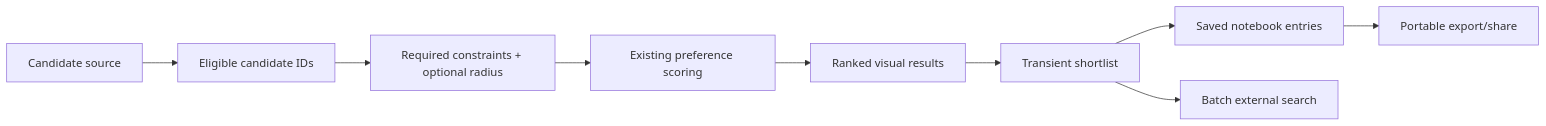
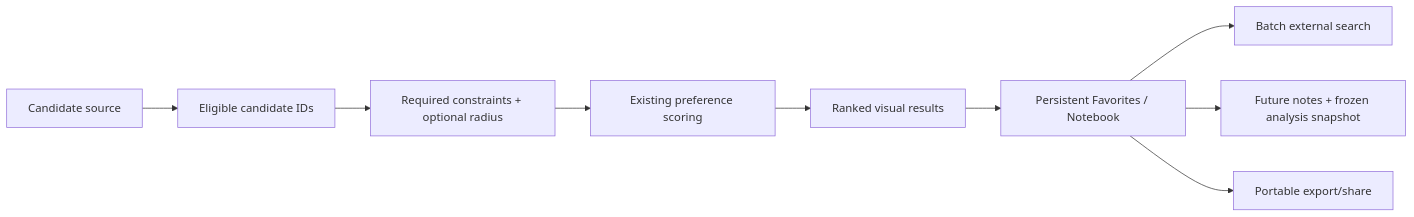
Before and after one commit to folk21/osmapdigger: the diagram in docs/specs/active/subspecs/settlement-shortlist-workflow.md, drawn with Mermaid. The commit also changed other lines of this file and 32 other files, not shown here.

First line of the commit message:
feat: replace transient shortlist with persistent Favorites notebook

````diff
--- a/docs/specs/active/subspecs/settlement-shortlist-workflow.md
+++ b/docs/specs/active/subspecs/settlement-shortlist-workflow.md
@@ -66,11 +65,11 @@
 ```mermaid
 flowchart LR
     SOURCE[Candidate source] --> ELIGIBLE[Eligible candidate IDs]
     ELIGIBLE --> HARD[Required constraints + optional radius]
     HARD --> SCORE[Existing preference scoring]
     SCORE --> RANK[Ranked visual results]
-    RANK --> SHORTLIST[Transient shortlist]
-    SHORTLIST --> NOTEBOOK[Saved notebook entries]
-    SHORTLIST --> BATCH[Batch external search]
-    NOTEBOOK --> EXPORT[Portable export/share]
+    RANK --> FAVORITES[Persistent Favorites / Notebook]
+    FAVORITES --> BATCH[Batch external search]
+    FAVORITES --> SNAPSHOT[Future notes + frozen analysis snapshot]
+    FAVORITES --> EXPORT[Portable export/share]
 ```
````
